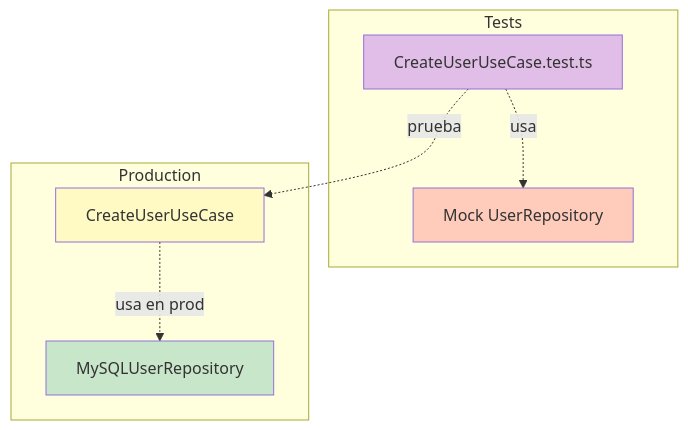
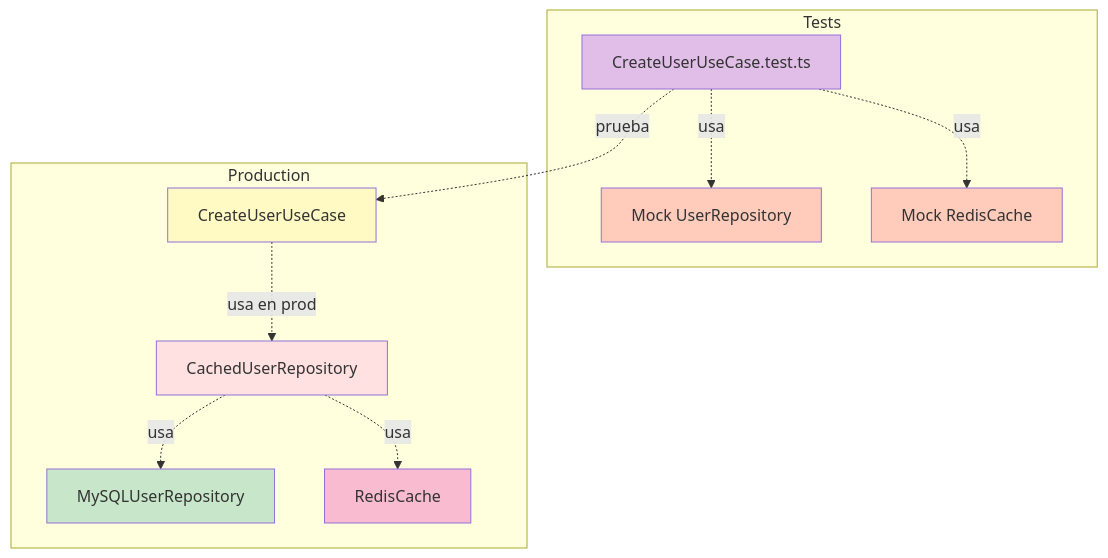
One commit to maximopeoficiales/node-ts-mysql-debug-template changed diagram 11 of 15 in ARCHITECTURE.md. Above: the diagram before and after it, drawn with Mermaid. The commit also changed other lines of this file and 19 other files, not shown here.

````diff
--- a/ARCHITECTURE.md
+++ b/ARCHITECTURE.md
@@ -438,21 +735,30 @@
 ```mermaid
 graph TB
     subgraph Tests
         A[CreateUserUseCase.test.ts]
         B[Mock UserRepository]
+        C[Mock RedisCache]
     end
 
     subgraph Production
-        C[CreateUserUseCase]
-        D[MySQLUserRepository]
+        D[CreateUserUseCase]
+        E[CachedUserRepository]
+        F[MySQLUserRepository]
+        G[RedisCache]
     end
 
     A -.usa.-> B
-    A -.prueba.-> C
-    C -.usa en prod.-> D
+    A -.usa.-> C
+    A -.prueba.-> D
+    D -.usa en prod.-> E
+    E -.usa.-> F
+    E -.usa.-> G
 
     style A fill:#e1bee7
     style B fill:#ffccbc
-    style C fill:#fff9c4
-    style D fill:#c8e6c9
+    style C fill:#ffccbc
+    style D fill:#fff9c4
+    style E fill:#ffe1e1
+    style F fill:#c8e6c9
+    style G fill:#f8bbd0
 ```
````
